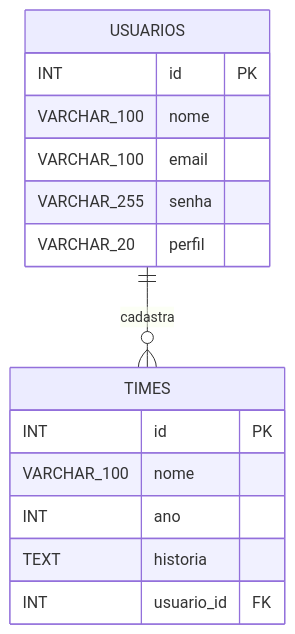
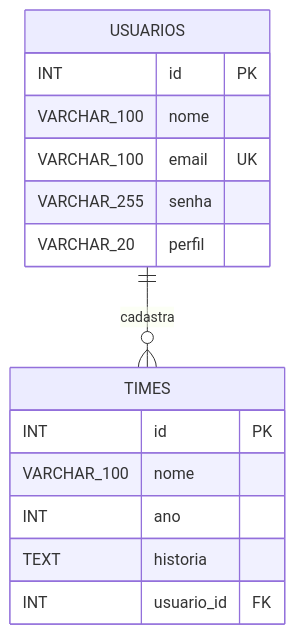
One commit to Timas1150/projeto_integrador changed the diagram in README.md. Above: the diagram before and after it, drawn with Mermaid. The commit also changed other lines of this file, not shown here.

````diff
--- a/README.md
+++ b/README.md
@@ -195,20 +123,20 @@
 ```mermaid
 erDiagram
     USUARIOS {
         INT id PK
         VARCHAR_100 nome
-        VARCHAR_100 email
+        VARCHAR_100 email UK
         VARCHAR_255 senha
         VARCHAR_20 perfil
     }
 
     TIMES {
         INT id PK
         VARCHAR_100 nome
         INT ano
         TEXT historia
         INT usuario_id FK
     }
 
     USUARIOS ||--o{ TIMES : "cadastra"
 ```
````
